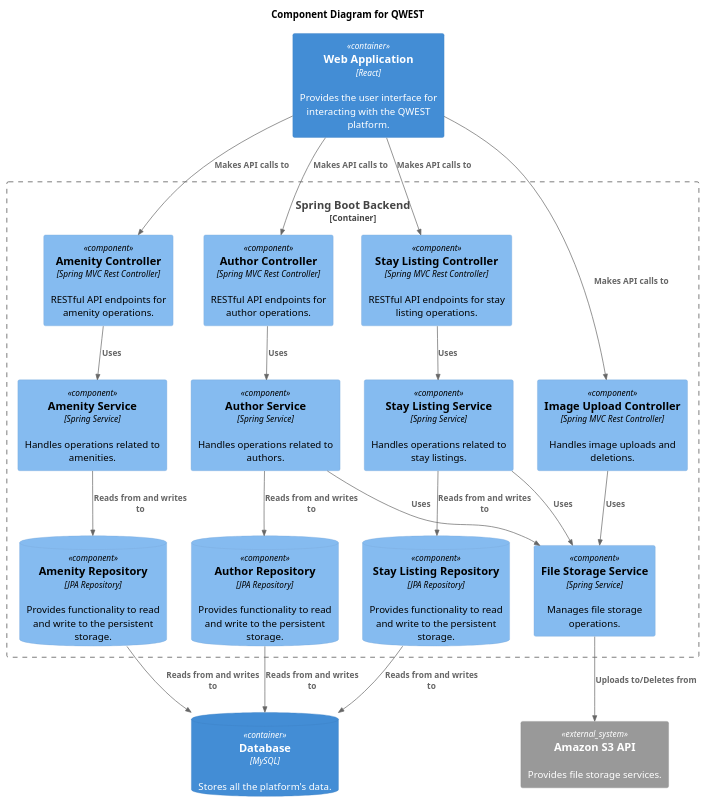
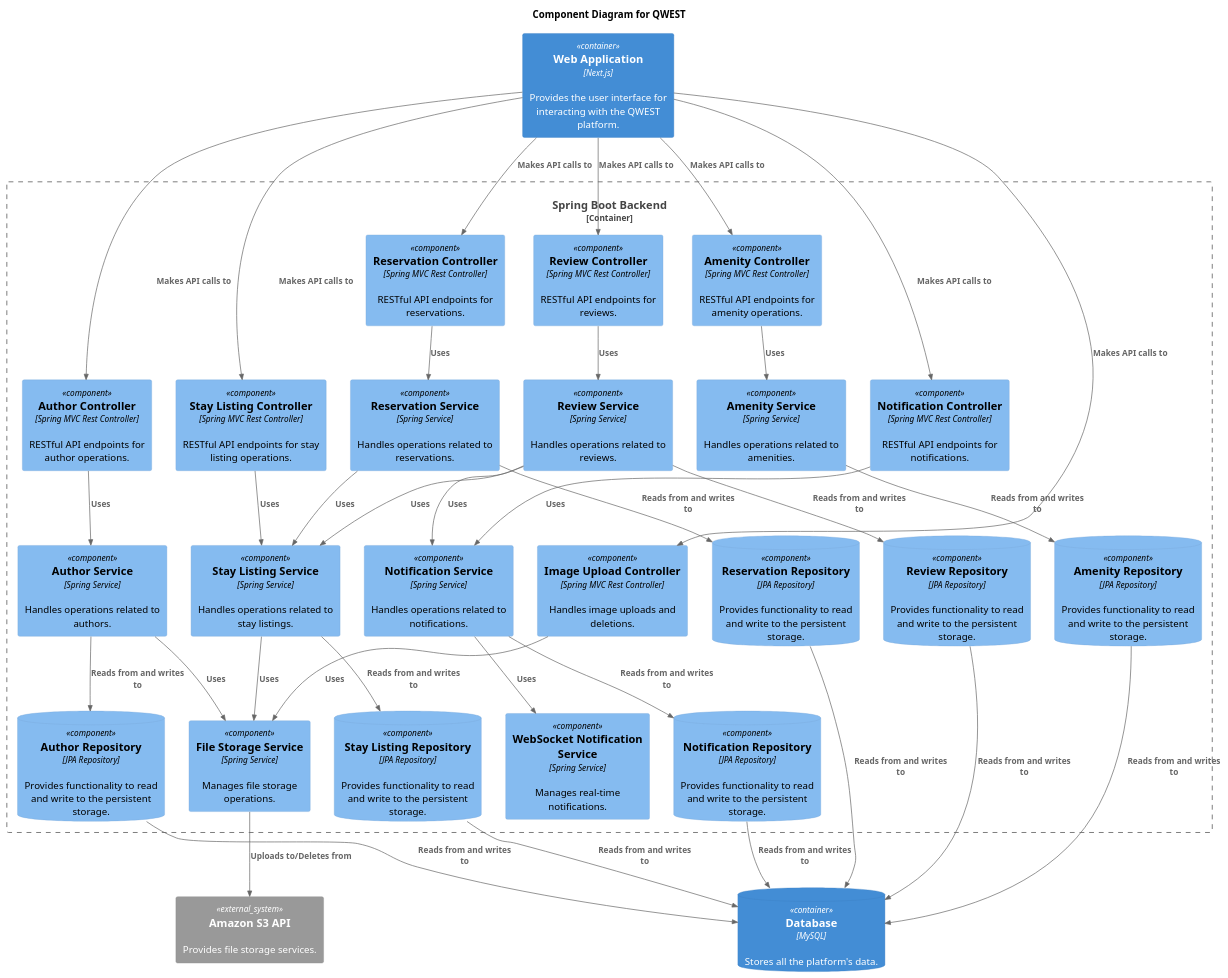
Before and after one commit to shev0k/qwest-be: the diagram in Documentation/Diagrams/C3.puml, drawn with PlantUML. The commit also changed 46 other files, not shown here.

```diff
--- a/Documentation/Diagrams/C3.puml
+++ b/Documentation/Diagrams/C3.puml
@@ -1,48 +1,74 @@
 @startuml
 !includeurl https://raw.githubusercontent.com/plantuml-stdlib/C4-PlantUML/master/C4_Component.puml
 
 title Component Diagram for QWEST
 
-Container(frontend, "Web Application", "React", "Provides the user interface for interacting with the QWEST platform.")
+Container(frontend, "Web Application", "Next.js", "Provides the user interface for interacting with the QWEST platform.")
 
 Container_Boundary(api, "Spring Boot Backend") {
     Component(authorController, "Author Controller", "Spring MVC Rest Controller", "RESTful API endpoints for author operations.")
     Component(amenityController, "Amenity Controller", "Spring MVC Rest Controller", "RESTful API endpoints for amenity operations.")
     Component(stayListingController, "Stay Listing Controller", "Spring MVC Rest Controller", "RESTful API endpoints for stay listing operations.")
     Component(imageUploadController, "Image Upload Controller", "Spring MVC Rest Controller", "Handles image uploads and deletions.")
+    Component(notificationController, "Notification Controller", "Spring MVC Rest Controller", "RESTful API endpoints for notifications.")
+    Component(reservationController, "Reservation Controller", "Spring MVC Rest Controller", "RESTful API endpoints for reservations.")
+    Component(reviewController, "Review Controller", "Spring MVC Rest Controller", "RESTful API endpoints for reviews.")
 
     Component(authorService, "Author Service", "Spring Service", "Handles operations related to authors.")
     Component(amenityService, "Amenity Service", "Spring Service", "Handles operations related to amenities.")
     Component(stayListingService, "Stay Listing Service", "Spring Service", "Handles operations related to stay listings.")
+    Component(notificationService, "Notification Service", "Spring Service", "Handles operations related to notifications.")
+    Component(reservationService, "Reservation Service", "Spring Service", "Handles operations related to reservations.")
+    Component(reviewService, "Review Service", "Spring Service", "Handles operations related to reviews.")
     Component(fileStorageService, "File Storage Service", "Spring Service", "Manages file storage operations.")
+    Component(webSocketNotificationService, "WebSocket Notification Service", "Spring Service", "Manages real-time notifications.")
 
     ComponentDb(authorRepository, "Author Repository", "JPA Repository", "Provides functionality to read and write to the persistent storage.")
     ComponentDb(amenityRepository, "Amenity Repository", "JPA Repository", "Provides functionality to read and write to the persistent storage.")
     ComponentDb(stayListingRepository, "Stay Listing Repository", "JPA Repository", "Provides functionality to read and write to the persistent storage.")
+    ComponentDb(notificationRepository, "Notification Repository", "JPA Repository", "Provides functionality to read and write to the persistent storage.")
+    ComponentDb(reservationRepository, "Reservation Repository", "JPA Repository", "Provides functionality to read and write to the persistent storage.")
+    ComponentDb(reviewRepository, "Review Repository", "JPA Repository", "Provides functionality to read and write to the persistent storage.")
 
     Rel(authorController, authorService, "Uses")
     Rel(amenityController, amenityService, "Uses")
     Rel(stayListingController, stayListingService, "Uses")
     Rel(imageUploadController, fileStorageService, "Uses")
+    Rel(notificationController, notificationService, "Uses")
+    Rel(reservationController, reservationService, "Uses")
+    Rel(reviewController, reviewService, "Uses")
 
     Rel(authorService, authorRepository, "Reads from and writes to")
     Rel(amenityService, amenityRepository, "Reads from and writes to")
     Rel(stayListingService, stayListingRepository, "Reads from and writes to")
+    Rel(notificationService, notificationRepository, "Reads from and writes to")
+    Rel(reservationService, reservationRepository, "Reads from and writes to")
+    Rel(reviewService, reviewRepository, "Reads from and writes to")
     Rel(stayListingService, fileStorageService, "Uses")
     Rel(authorService, fileStorageService, "Uses")
+    Rel(notificationService, webSocketNotificationService, "Uses")
+    Rel(reservationService, stayListingService, "Uses")
+    Rel(reviewService, stayListingService, "Uses")
+    Rel(reviewService, notificationService, "Uses")
 }
 
 ContainerDb(database, "Database", "MySQL", "Stores all the platform's data.")
 
 Rel(frontend, authorController, "Makes API calls to")
 Rel(frontend, amenityController, "Makes API calls to")
 Rel(frontend, stayListingController, "Makes API calls to")
 Rel(frontend, imageUploadController, "Makes API calls to")
+Rel(frontend, notificationController, "Makes API calls to")
+Rel(frontend, reservationController, "Makes API calls to")
+Rel(frontend, reviewController, "Makes API calls to")
 
 Rel(authorRepository, database, "Reads from and writes to")
 Rel(amenityRepository, database, "Reads from and writes to")
 Rel(stayListingRepository, database, "Reads from and writes to")
+Rel(notificationRepository, database, "Reads from and writes to")
+Rel(reservationRepository, database, "Reads from and writes to")
+Rel(reviewRepository, database, "Reads from and writes to")
 
 System_Ext(s3AmazonAPI, "Amazon S3 API", "Provides file storage services.")
 Rel(fileStorageService, s3AmazonAPI, "Uploads to/Deletes from")
 @enduml
```
